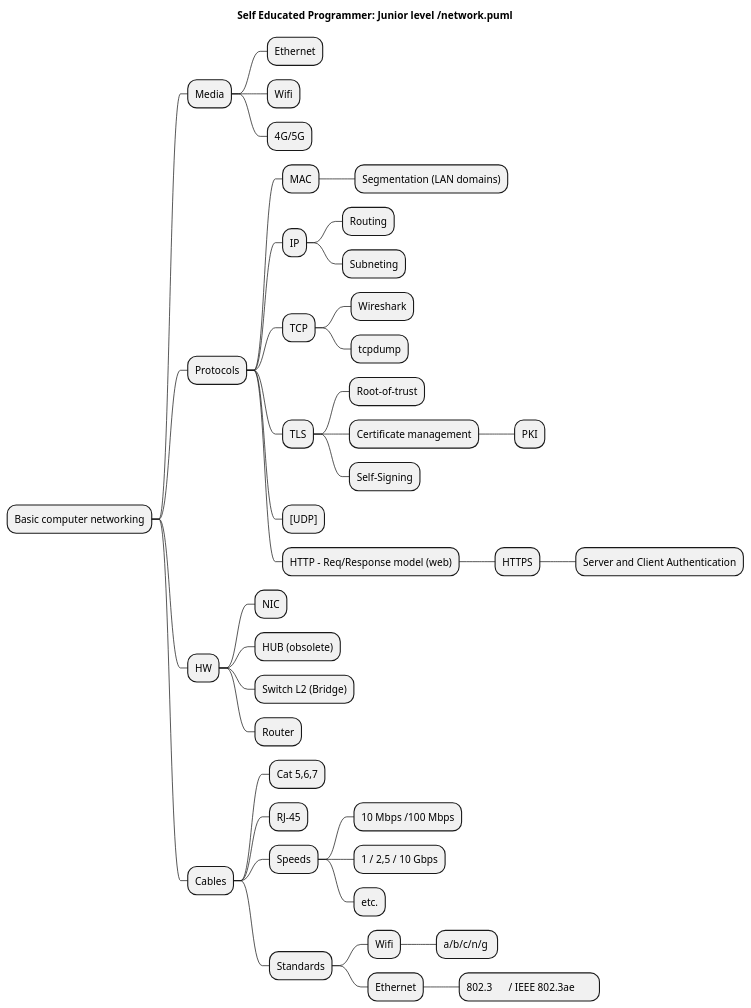
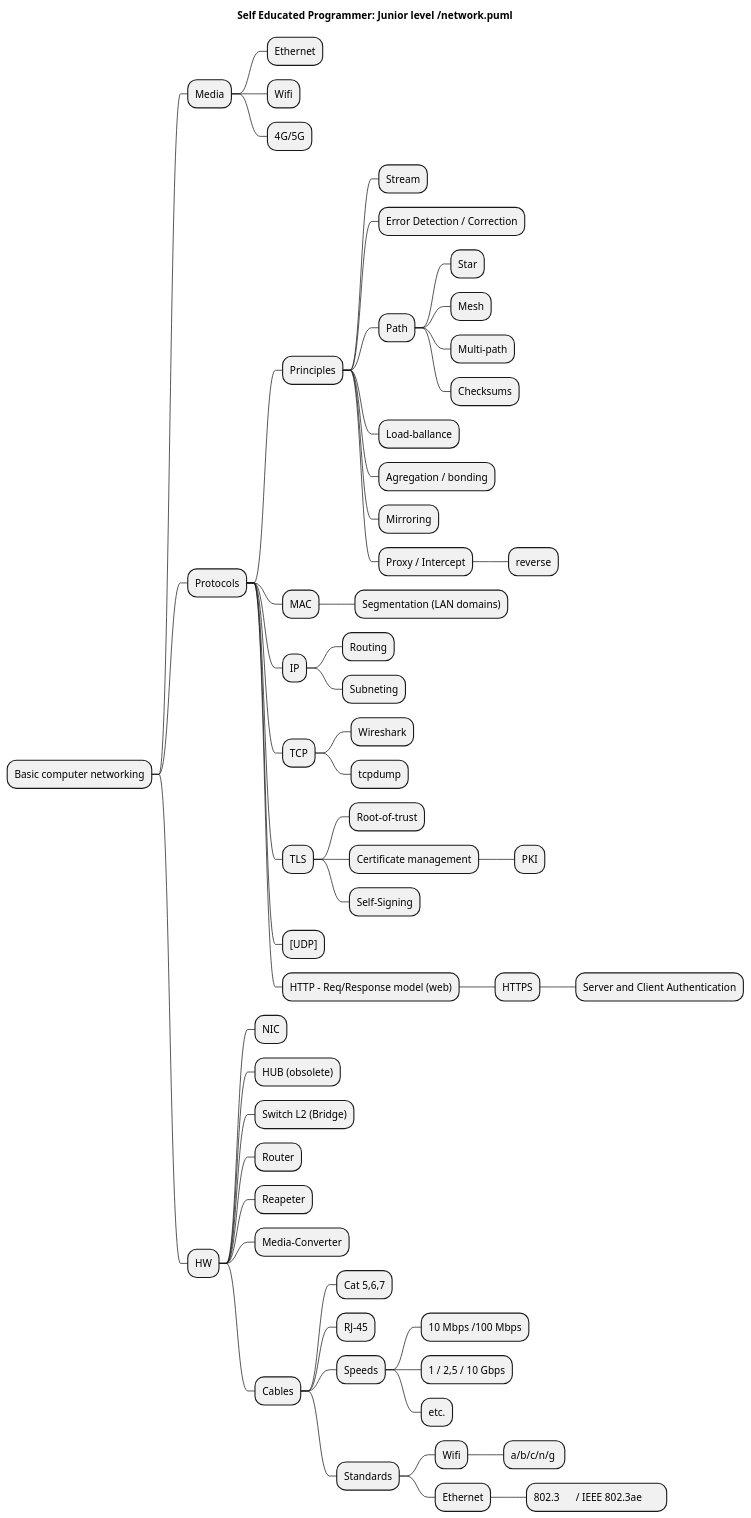
One commit to SmartSoftDev/self_educated_software_programmer_path changed the diagram in network.puml. Above: the diagram before and after it, drawn with PlantUML. The commit also changed 12 other files, not shown here.

```diff
--- a/network.puml
+++ b/network.puml
@@ -1,45 +1,60 @@
 @startmindmap
 title Self Educated Programmer: Junior level /network.puml
 
 * Basic computer networking
 ** Media
 *** Ethernet
 *** Wifi
 *** 4G/5G
 ** Protocols
+*** Principles
+**** Stream
+**** Error Detection / Correction
+**** Path
+***** Star
+***** Mesh
+***** Multi-path
+***** Checksums
+**** Load-ballance
+**** Agregation / bonding
+**** Mirroring
+**** Proxy / Intercept
+***** reverse
 *** MAC
 **** Segmentation (LAN domains)
 *** IP
 **** Routing
 **** Subneting
 *** TCP
 **** Wireshark
 **** tcpdump
 *** TLS
 **** Root-of-trust
 **** Certificate management
 ***** PKI
 **** Self-Signing
 *** [UDP]
 *** HTTP - Req/Response model (web)
 **** HTTPS
 ***** Server and Client Authentication
 ** HW
 *** NIC
 *** HUB (obsolete)
 *** Switch L2 (Bridge)
 *** Router
-** Cables
-*** Cat 5,6,7
-*** RJ-45
-*** Speeds
-**** 10 Mbps /100 Mbps
-**** 1 / 2,5 / 10 Gbps
-**** etc.
-*** Standards
-**** Wifi
-***** a/b/c/n/g 
-**** Ethernet
-***** 802.3	/ IEEE 802.3ae	
+*** Reapeter
+*** Media-Converter
+*** Cables
+**** Cat 5,6,7
+**** RJ-45
+**** Speeds
+***** 10 Mbps /100 Mbps
+***** 1 / 2,5 / 10 Gbps
+***** etc.
+**** Standards
+***** Wifi
+****** a/b/c/n/g 
+***** Ethernet
+****** 802.3	/ IEEE 802.3ae	
 
 @endmindmap
```
